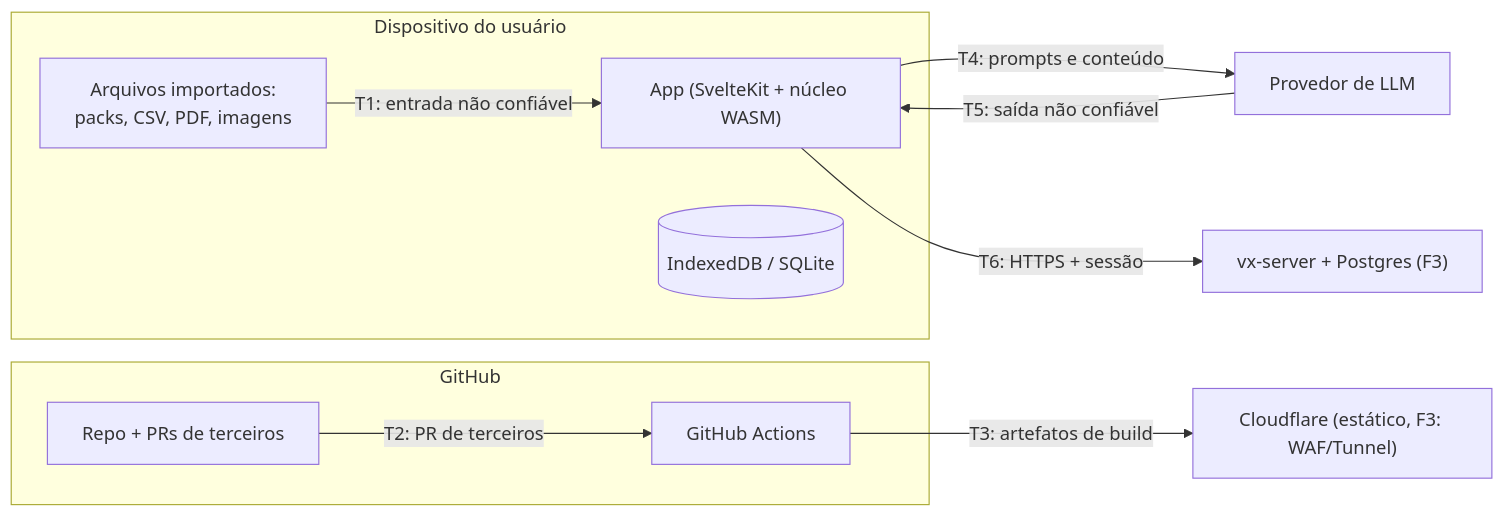
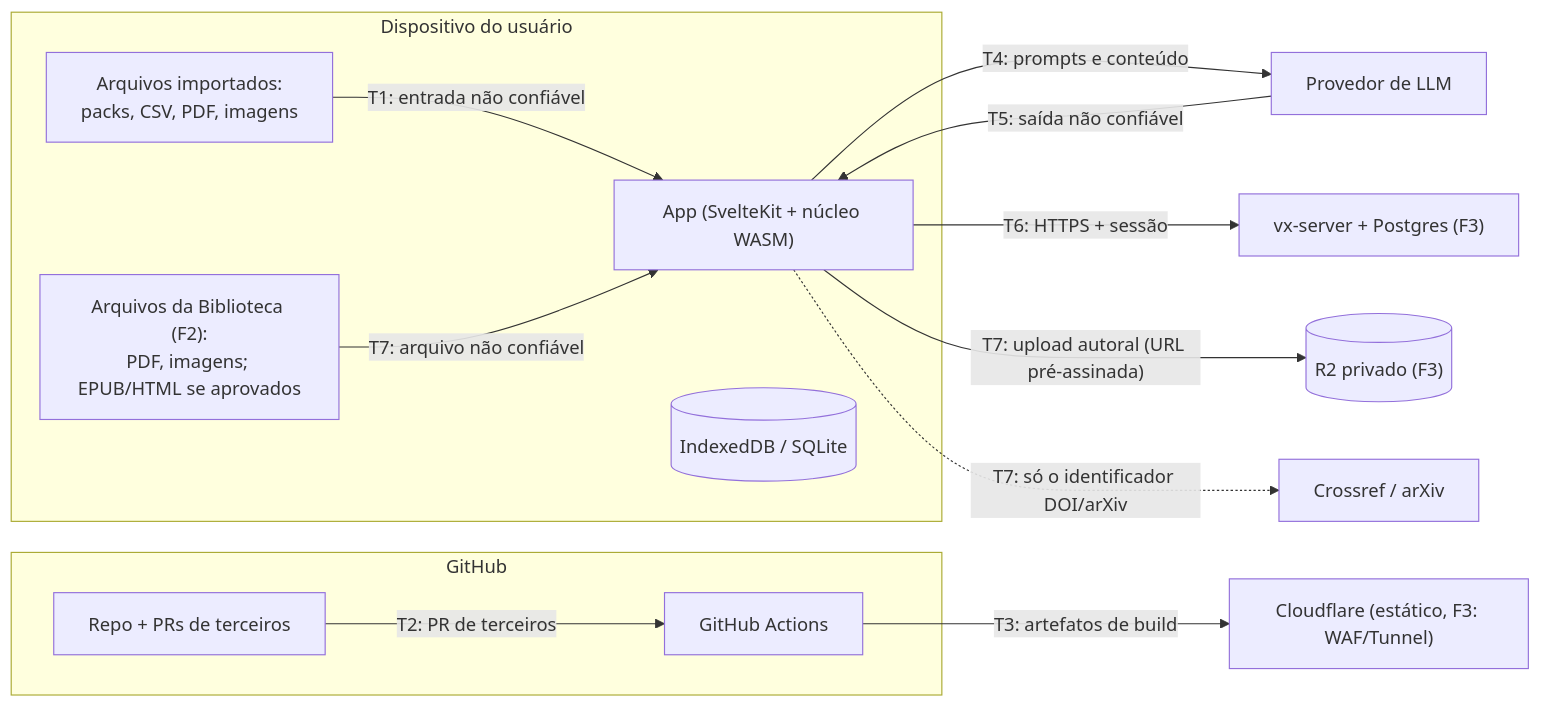
One commit to CauaDecoder/bad-at-calculus changed the diagram in docs/06-seguranca/modelo-de-ameacas.md. Above: the diagram before and after it, drawn with Mermaid. The commit also changed other lines of this file and 49 other files, not shown here.

````diff
--- a/docs/06-seguranca/modelo-de-ameacas.md
+++ b/docs/06-seguranca/modelo-de-ameacas.md
@@ -20,22 +23,28 @@
 ```mermaid
 flowchart LR
     subgraph U["Dispositivo do usuário"]
         APP["App (SvelteKit + núcleo WASM)"]
         FILES["Arquivos importados:<br/>packs, CSV, PDF, imagens"]
+        LIBF["Arquivos da Biblioteca (F2):<br/>PDF, imagens; EPUB/HTML se aprovados"]
         LDB[("IndexedDB / SQLite")]
     end
     subgraph GH["GitHub"]
         REPO["Repo + PRs de terceiros"]
         CI["GitHub Actions"]
     end
     CF["Cloudflare (estático, F3: WAF/Tunnel)"]
     LLM["Provedor de LLM"]
     SRV["vx-server + Postgres (F3)"]
+    R2[("R2 privado (F3)")]
+    META["Crossref / arXiv"]
 
     FILES -- "T1: entrada não confiável" --> APP
+    LIBF -- "T7: arquivo não confiável" --> APP
     REPO -- "T2: PR de terceiros" --> CI
     CI -- "T3: artefatos de build" --> CF
     APP -- "T4: prompts e conteúdo" --> LLM
     LLM -- "T5: saída não confiável" --> APP
     APP -- "T6: HTTPS + sessão" --> SRV
+    APP -- "T7: upload autoral (URL pré-assinada)" --> R2
+    APP -. "T7: só o identificador DOI/arXiv" .-> META
 ```
````
